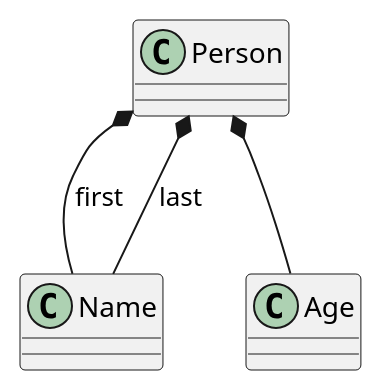
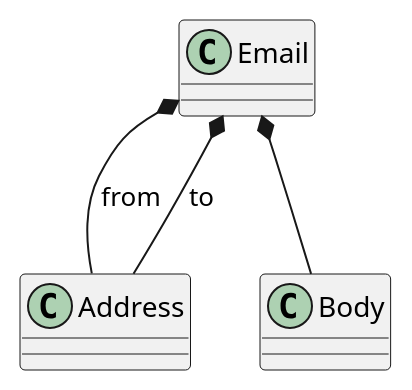
Before and after one commit to enolive/applicatives-validation: the diagram in assets/Model.puml, drawn with PlantUML. The commit also changed 1 other file, not shown here.

Commit message:
changed diagram in master

```diff
--- a/assets/Model.puml
+++ b/assets/Model.puml
@@ -1,7 +1,7 @@
 @startuml
 
-Person *-- Name : first
-Person *-- Name : last
-Person *-- Age
+Email *-- Address : from
+Email *-- Address : to
+Email *-- Body
 
 @enduml
```
